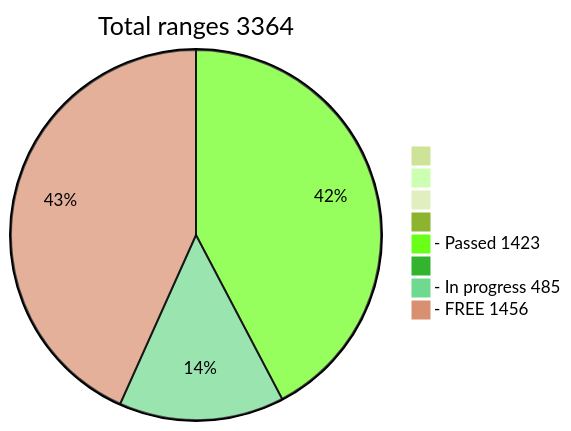
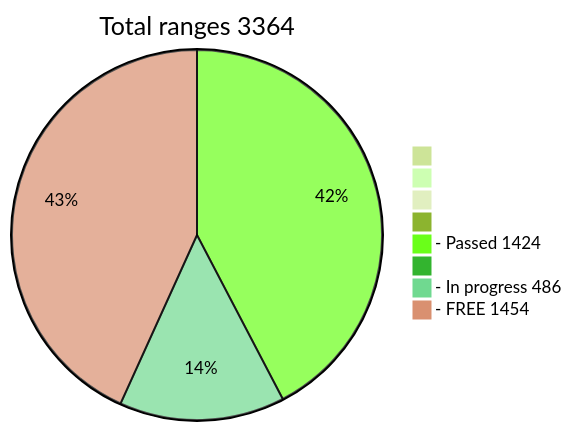
Before and after one commit to phrutis/wif500: the diagram in README.md, drawn with Mermaid (forest theme).

````diff
--- a/README.md
+++ b/README.md
@@ -16,12 +16,12 @@
 ```mermaid
 pie title Total ranges 3364
              " " : 0
             "  " : 0
            "   " : 0
           "    " : 0
-  "- Passed 1423" : 1423
+  "- Passed 1424" : 1424
          "     " : 0
-  "- In progress 485" : 485
-   "- FREE 1456" : 1456
+  "- In progress 486" : 486
+   "- FREE 1454" : 1454
    
 ```
````
